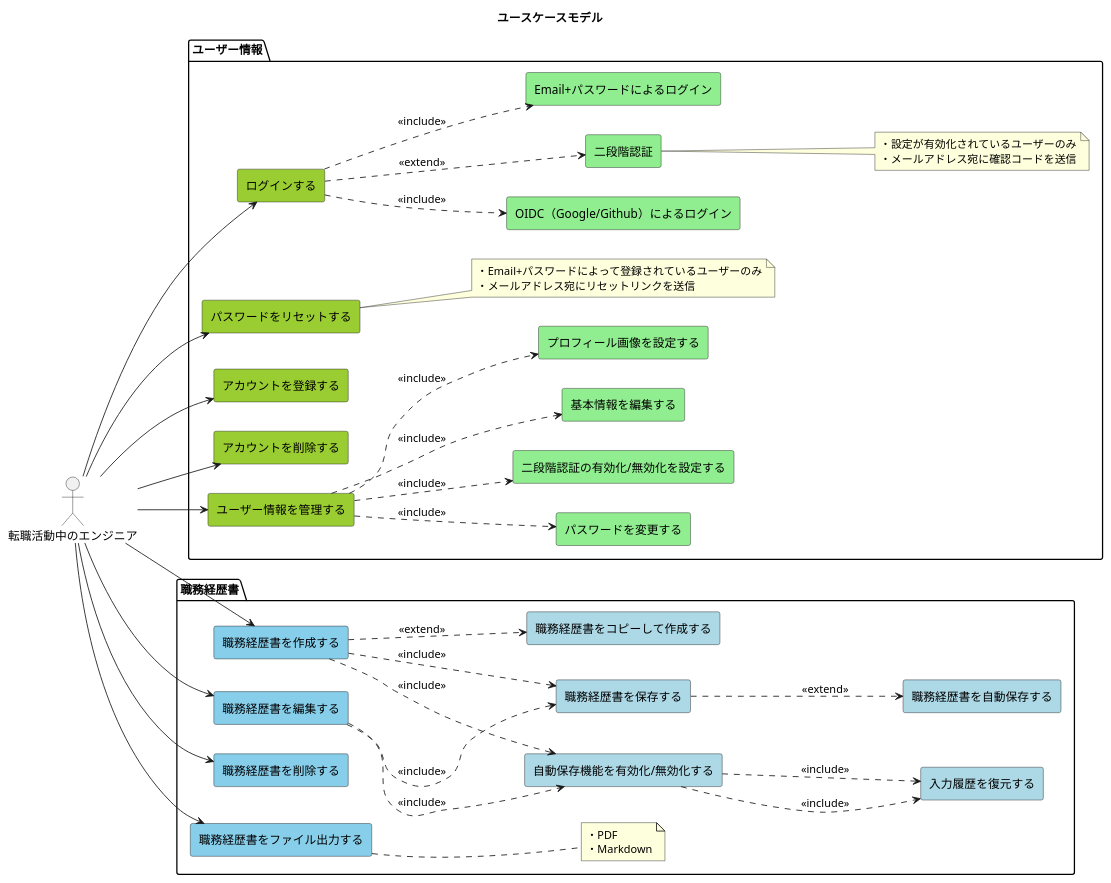
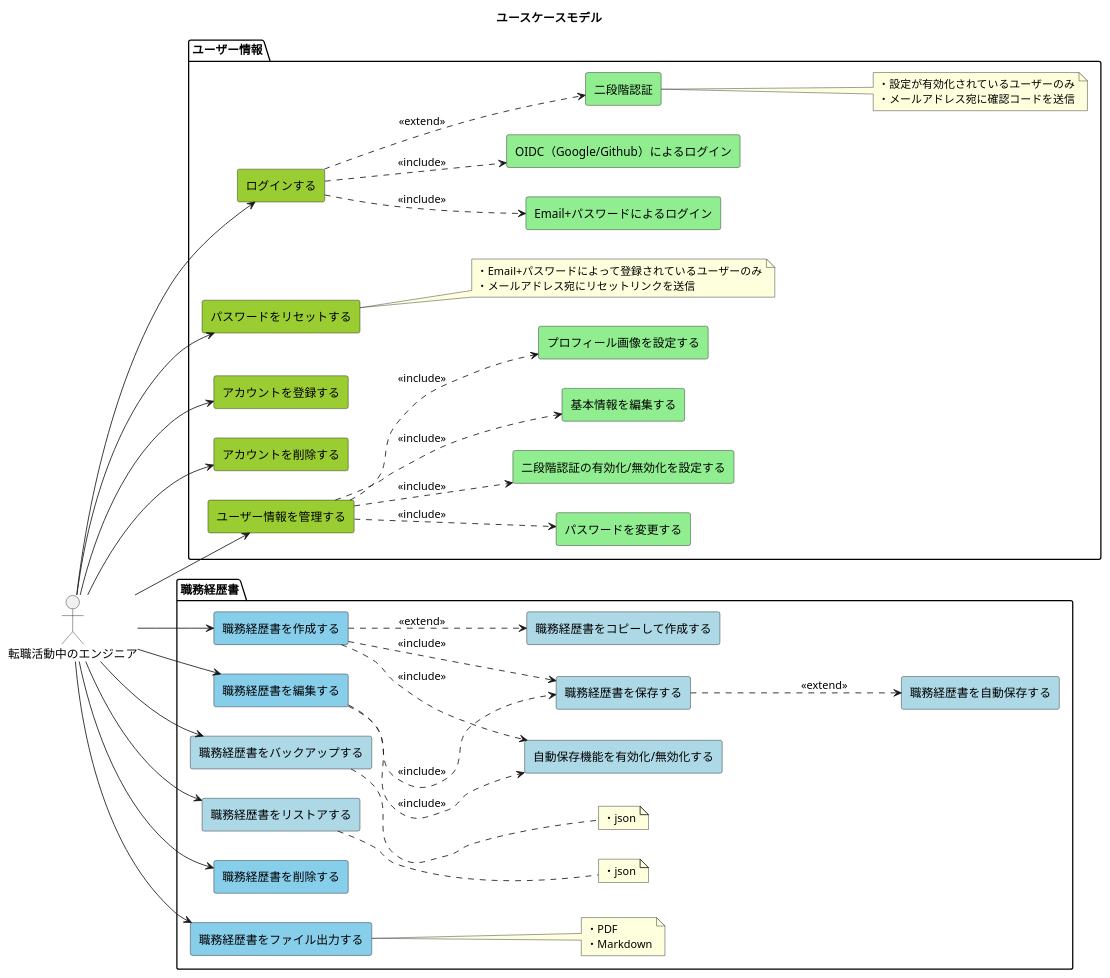
The diagram in doc/モデル図/ユースケースモデル.pu (DogisRiki/KeirekiPro), drawn with PlantUML before and after one commit. The commit also changed 12 other files, not shown here.

```diff
--- a/doc/モデル図/ユースケースモデル.pu
+++ b/doc/モデル図/ユースケースモデル.pu
@@ -1,91 +1,97 @@
 @startuml ユースケースモデル
 
 title ユースケースモデル
 
 left to right direction
 hide stereotype
 
 skinparam rectangleBackgroundColor<<auth>> YellowGreen
 skinparam rectangleBackgroundColor<<auth_child>> LightGreen
 skinparam rectangleBackgroundColor<<resume>> SkyBlue
 skinparam rectangleBackgroundColor<<resume_child>> LightBlue
 
 actor "転職活動中のエンジニア" as user
 
 package "ユーザー情報" {
     rectangle login as "ログインする" <<auth>>
     rectangle local_login as "Email+パスワードによるログイン" <<auth_child>>
     rectangle oidc_login as "OIDC（Google/Github）によるログイン" <<auth_child>>
     rectangle two_factor_login as "二段階認証" <<auth_child>>
     note right
         ・設定が有効化されているユーザーのみ
         ・メールアドレス宛に確認コードを送信
     end note
 
     rectangle reset_password as "パスワードをリセットする" <<auth>>
     note right
         ・Email+パスワードによって登録されているユーザーのみ
         ・メールアドレス宛にリセットリンクを送信
     end note
 
     rectangle register_account as "アカウントを登録する" <<auth>>
-
     rectangle delete_account as "アカウントを削除する" <<auth>>
 
     rectangle edit_user as "ユーザー情報を管理する" <<auth>>
     rectangle edit_password as "パスワードを変更する" <<auth_child>>
     rectangle edit_two_facotr as "二段階認証の有効化/無効化を設定する" <<auth_child>>
     rectangle edit_basic_info as "基本情報を編集する" <<auth_child>>
     rectangle edit_profile_image as "プロフィール画像を設定する" <<auth_child>>
 
     login ..> local_login : <<include>>
     login ..> oidc_login : <<include>>
     login ..> two_factor_login : <<extend>>
 
     edit_user ..> edit_password : <<include>>
     edit_user ..> edit_two_facotr : <<include>>
     edit_user ..> edit_basic_info : <<include>>
     edit_user ..> edit_profile_image : <<include>>
 }
 
 package "職務経歴書" {
     rectangle create_resume as "職務経歴書を作成する" <<resume>>
     rectangle copy_create_resume as "職務経歴書をコピーして作成する" <<resume_child>>
     rectangle auto_save as "自動保存機能を有効化/無効化する" <<resume_child>>
-    rectangle restore_history as "入力履歴を復元する" <<resume_child>>
     rectangle save_resume as "職務経歴書を保存する" <<resume_child>>
     rectangle auto_save_resume as "職務経歴書を自動保存する" <<resume_child>>
+
+    rectangle backup_resume as "職務経歴書をバックアップする" <<resume_child>>
+    rectangle restore_resume as "職務経歴書をリストアする" <<resume_child>>
+    note right of backup_resume
+        ・json
+    end note
+    note right of restore_resume
+        ・json
+    end note
+
     rectangle edit_resume as "職務経歴書を編集する" <<resume>>
     rectangle delete_resume as "職務経歴書を削除する" <<resume>>
     rectangle export_resume as "職務経歴書をファイル出力する" <<resume>>
     note right
         ・PDF
         ・Markdown
     end note
 
     create_resume ..> copy_create_resume : <<extend>>
     create_resume ..> auto_save : <<include>>
     create_resume ..> save_resume : <<include>>
 
-    auto_save ..> restore_history : <<include>>
-
     save_resume ..> auto_save_resume : <<extend>>
 
     edit_resume ..> auto_save : <<include>>
     edit_resume ..> save_resume : <<include>>
-
-    auto_save ..> restore_history : <<include>>
 }
 
 user --> login
 user --> reset_password
 user --> register_account
 user --> delete_account
 user --> edit_user
 
 user --> create_resume
 user --> edit_resume
 user --> export_resume
 user --> delete_resume
+user --> backup_resume
+user --> restore_resume
 
 @enduml
```
